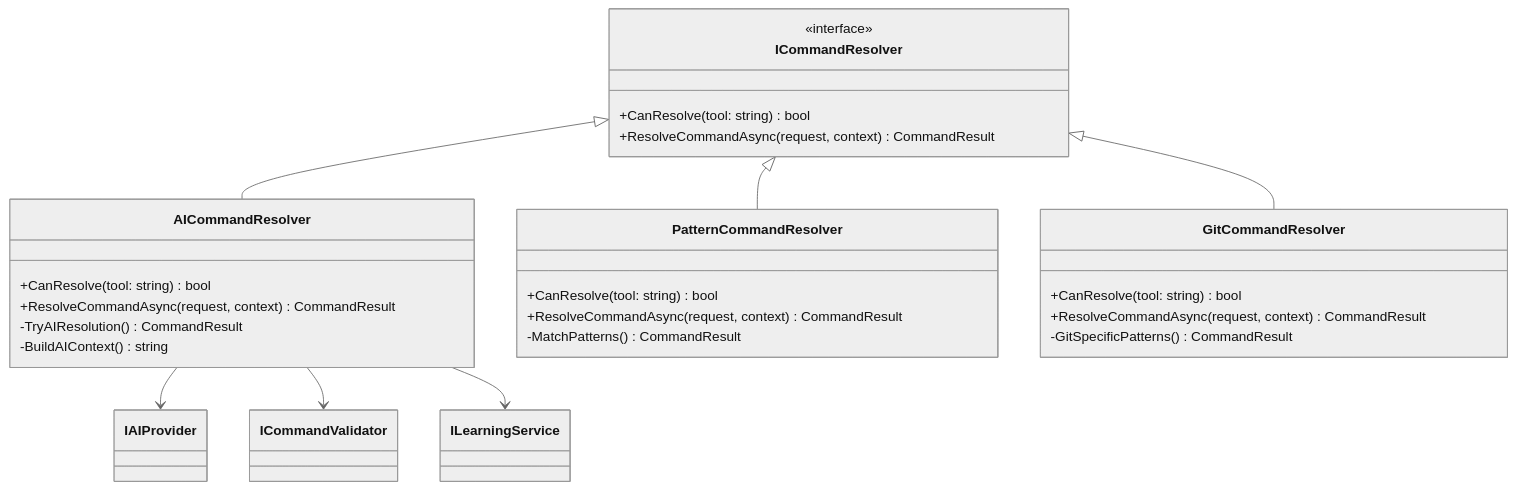
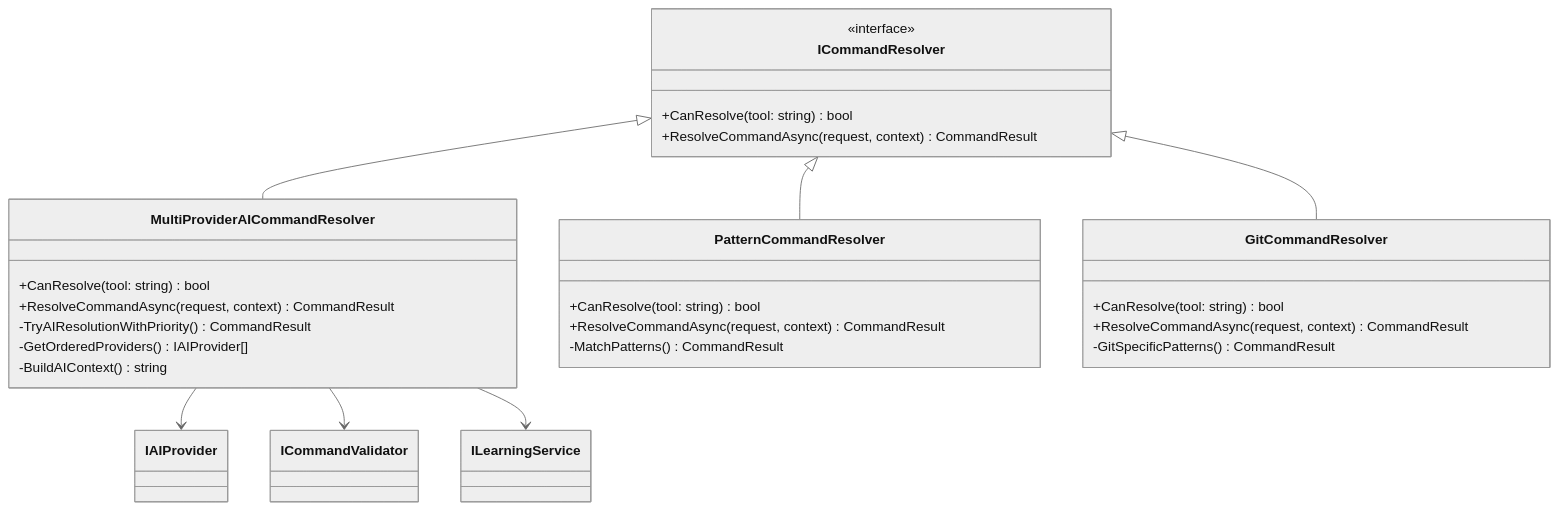
Before and after one commit to yoshiwatanabe/cmdai: the seventh of 13 diagrams in ARCHITECTURE.md, drawn with Mermaid (neutral theme). The commit also changed other lines of this file and 1 other file, not shown here.

First line of the commit message:
docs: Update documentation to reflect current multi-provider architecture

````diff
--- a/ARCHITECTURE.md
+++ b/ARCHITECTURE.md
@@ -167,35 +173,36 @@
 ```mermaid
 classDiagram
     class ICommandResolver {
         <<interface>>
         +CanResolve(tool: string) bool
         +ResolveCommandAsync(request, context) CommandResult
     }
     
-    class AICommandResolver {
+    class MultiProviderAICommandResolver {
         +CanResolve(tool: string) bool
         +ResolveCommandAsync(request, context) CommandResult
-        -TryAIResolution() CommandResult
+        -TryAIResolutionWithPriority() CommandResult
+        -GetOrderedProviders() IAIProvider[]
         -BuildAIContext() string
     }
     
     class PatternCommandResolver {
         +CanResolve(tool: string) bool
         +ResolveCommandAsync(request, context) CommandResult
         -MatchPatterns() CommandResult
     }
     
     class GitCommandResolver {
         +CanResolve(tool: string) bool
         +ResolveCommandAsync(request, context) CommandResult
         -GitSpecificPatterns() CommandResult
     }
     
-    ICommandResolver <|-- AICommandResolver
+    ICommandResolver <|-- MultiProviderAICommandResolver
     ICommandResolver <|-- PatternCommandResolver
     ICommandResolver <|-- GitCommandResolver
     
-    AICommandResolver --> IAIProvider
-    AICommandResolver --> ICommandValidator
-    AICommandResolver --> ILearningService
+    MultiProviderAICommandResolver --> IAIProvider
+    MultiProviderAICommandResolver --> ICommandValidator
+    MultiProviderAICommandResolver --> ILearningService
 ```
````
